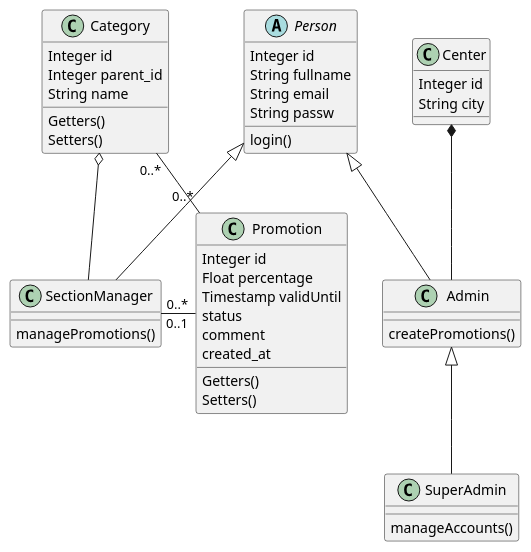
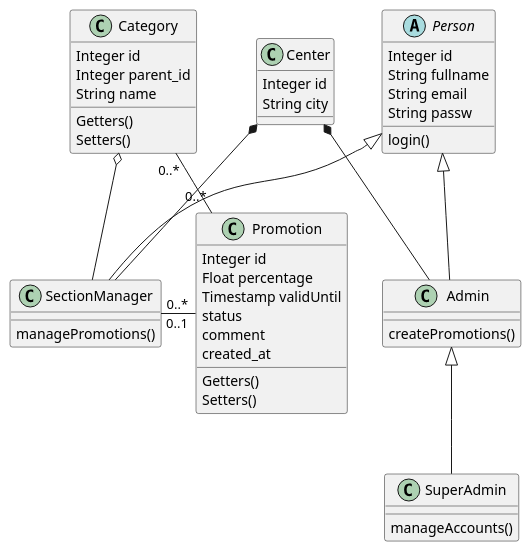
One commit to mehdilagdimi/marjane-promo-manager changed the diagram in Conception/marjaneClass.puml. Above: the diagram before and after it, drawn with PlantUML. The commit also changed 17 other files, not shown here.

```diff
--- a/Conception/marjaneClass.puml
+++ b/Conception/marjaneClass.puml
@@ -1,80 +1,81 @@
 @startuml
 'https://plantuml.com/class-diagram
 
 
 'Inheritance
 Person <|-- Admin
 Person <|-- SectionManager
 Admin <|-- SuperAdmin
 
 'Aggregation
 'Category o-- SubCategory
 Category o-- SectionManager
 'Composition
 Center *-- Admin
+Center *-- SectionManager
 
 'Category "0..1" - "0..*" Promotion
 
 Category "0..*" - "0..*" Promotion
 SectionManager "0..*" - "0..1" Promotion
 
 'This needs to be changed to many-to-many relationship
 'in case a product can belong to more than one category
 'SubCategory "0..1" - "0..*" exemptedFromPromotion
 'Promotion "0..*" - "1" exemptedFromPromotion
 
 
 abstract class Person {
     Integer id
     String fullname
     String email
     String passw
     login()
 }
 
 class Admin {
     createPromotions()
 }
 
 class SuperAdmin {
     manageAccounts()
 }
 
 class SectionManager{
     managePromotions()
 }
 
 class Category {
     Integer id
     Integer parent_id
     String name
     Getters()
     Setters()
 }
 
 'class SubCategory {
 '    Integer id
 '    String name
 '    Getters()
 '    Setters()
 '}
 
 class Center {
     Integer id
     String city
 }
 
 class Promotion {
     Integer id
     Float percentage
     Timestamp validUntil
     status
     comment
     created_at
     Getters()
     Setters()
 }
 
 
 
 @enduml
```
